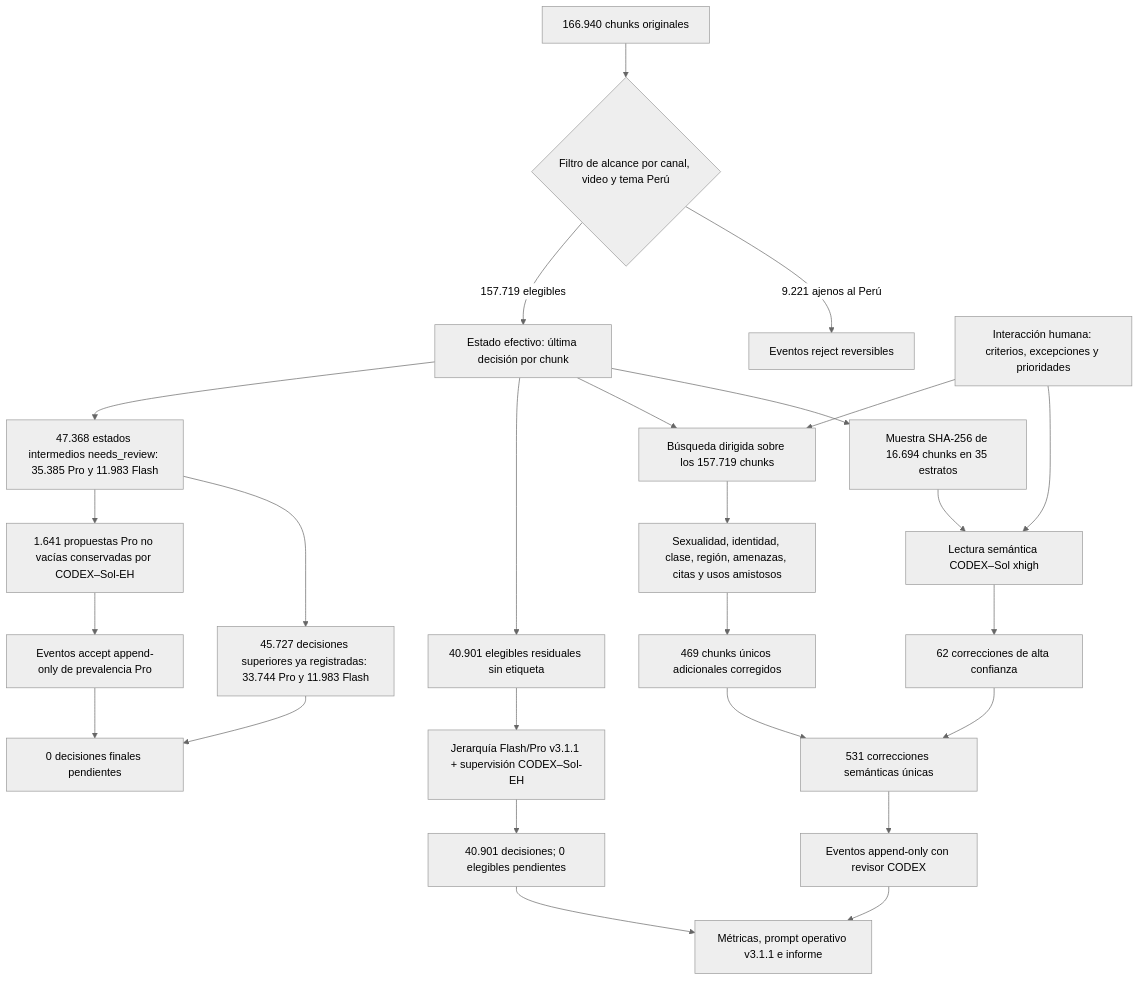
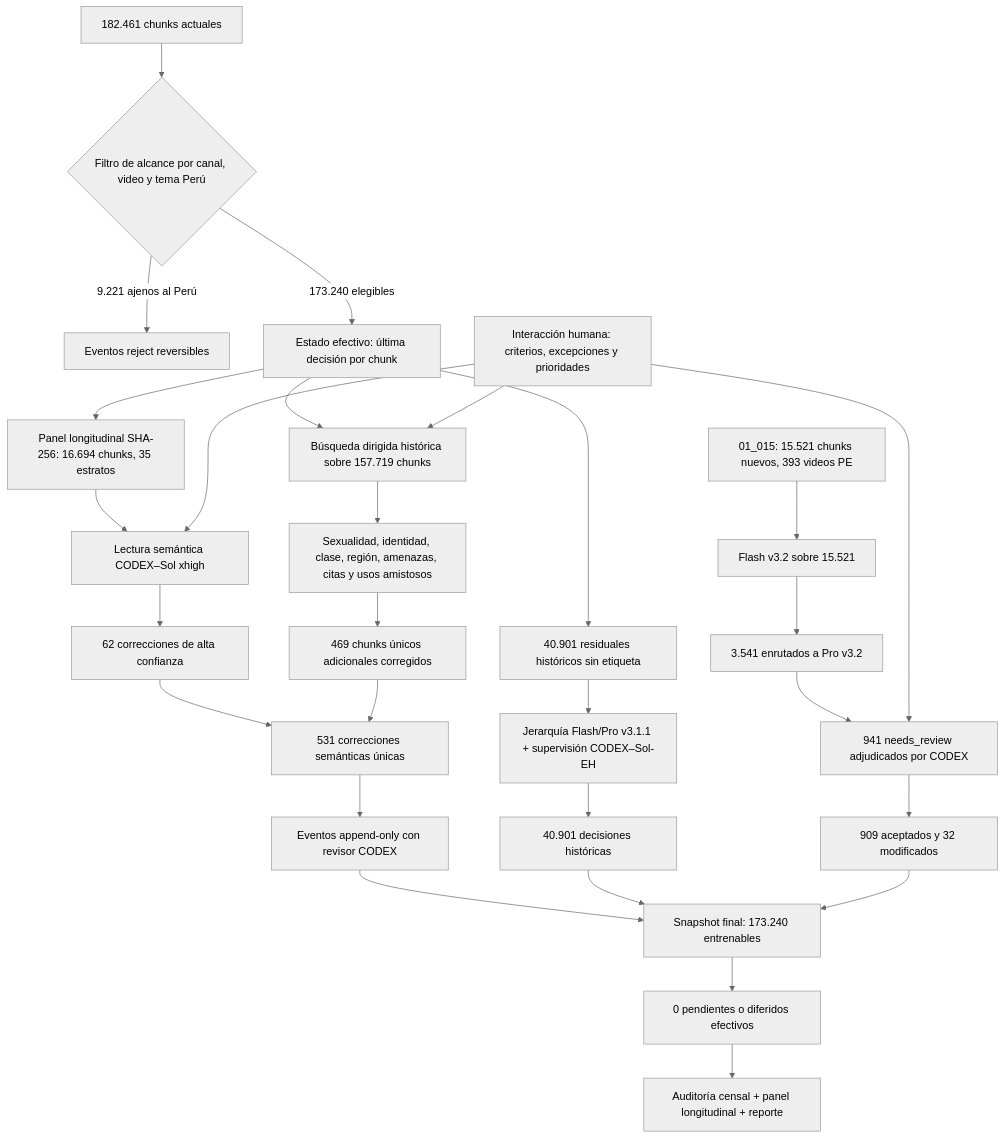
The diagram in docs/AUDITORIA_MUESTRAL_ETIQUETADO_10PCT_CODEX_SOL_2026-08-09.md (lkoc/Trabajo_PLN-MIA-Grupo4), drawn with Mermaid (neutral theme) before and after one commit. The commit also changed other lines of this file and 39 other files, not shown here.

````diff
--- a/docs/AUDITORIA_MUESTRAL_ETIQUETADO_10PCT_CODEX_SOL_2026-08-09.md
+++ b/docs/AUDITORIA_MUESTRAL_ETIQUETADO_10PCT_CODEX_SOL_2026-08-09.md
@@ -198,28 +222,30 @@
 ```mermaid
 flowchart TD
-    A[166.940 chunks originales] --> B{Filtro de alcance por canal, video y tema Perú}
+    A[182.461 chunks actuales] --> B{Filtro de alcance por canal, video y tema Perú}
     B -->|9.221 ajenos al Perú| X[Eventos reject reversibles]
-    B -->|157.719 elegibles| C[Estado efectivo: última decisión por chunk]
-    C --> D[Muestra SHA-256 de 16.694 chunks en 35 estratos]
+    B -->|173.240 elegibles| C[Estado efectivo: última decisión por chunk]
+    C --> D[Panel longitudinal SHA-256: 16.694 chunks, 35 estratos]
     D --> E[Lectura semántica CODEX–Sol xhigh]
     H[Interacción humana: criterios, excepciones y prioridades] --> E
     E --> F[62 correcciones de alta confianza]
-    C --> G[Búsqueda dirigida sobre los 157.719 chunks]
+    C --> G[Búsqueda dirigida histórica sobre 157.719 chunks]
     H --> G
     G --> I[Sexualidad, identidad, clase, región, amenazas, citas y usos amistosos]
     I --> J[469 chunks únicos adicionales corregidos]
     F --> K[531 correcciones semánticas únicas]
     J --> K
     K --> L[Eventos append-only con revisor CODEX]
-    C --> N[40.901 elegibles residuales sin etiqueta]
+    C --> N[40.901 residuales históricos sin etiqueta]
     N --> O[Jerarquía Flash/Pro v3.1.1 + supervisión CODEX–Sol-EH]
-    O --> P[40.901 decisiones; 0 elegibles pendientes]
-    C --> Q[47.368 estados intermedios needs_review: 35.385 Pro y 11.983 Flash]
-    Q --> R[45.727 decisiones superiores ya registradas: 33.744 Pro y 11.983 Flash]
-    Q --> S[1.641 propuestas Pro no vacías conservadas por CODEX–Sol-EH]
-    S --> T[Eventos accept append-only de prevalencia Pro]
-    R --> U[0 decisiones finales pendientes]
-    T --> U
-    L --> M[Métricas, prompt operativo v3.1.1 e informe]
+    O --> P[40.901 decisiones históricas]
+    V[01_015: 15.521 chunks nuevos, 393 videos PE] --> W[Flash v3.2 sobre 15.521]
+    W --> Y[3.541 enrutados a Pro v3.2]
+    Y --> Z[941 needs_review adjudicados por CODEX]
+    Z --> Z1[909 aceptados y 32 modificados]
+    H --> Z
+    L --> M[Snapshot final: 173.240 entrenables]
     P --> M
+    Z1 --> M
+    M --> U[0 pendientes o diferidos efectivos]
+    U --> R[Auditoría censal + panel longitudinal + reporte]
 ```
````
